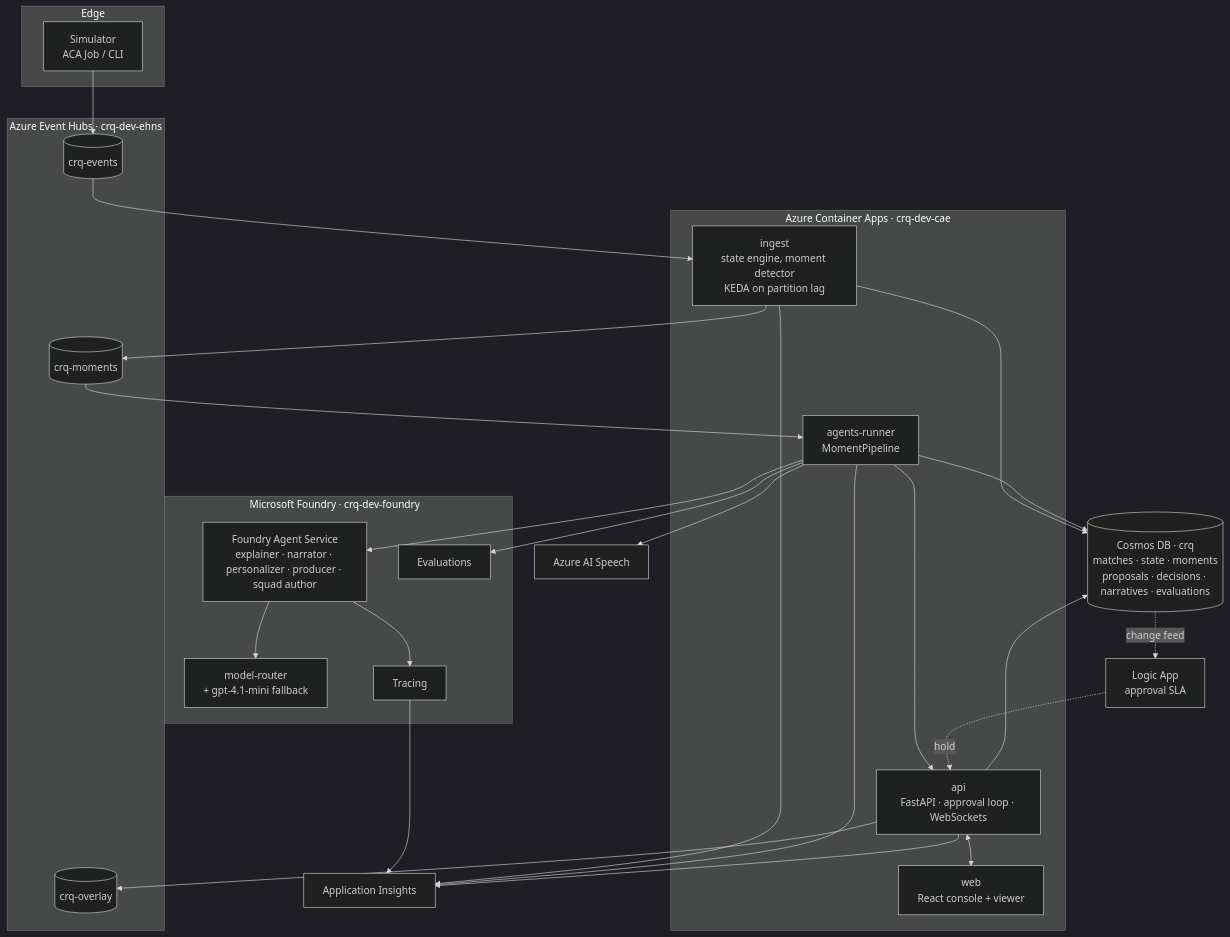
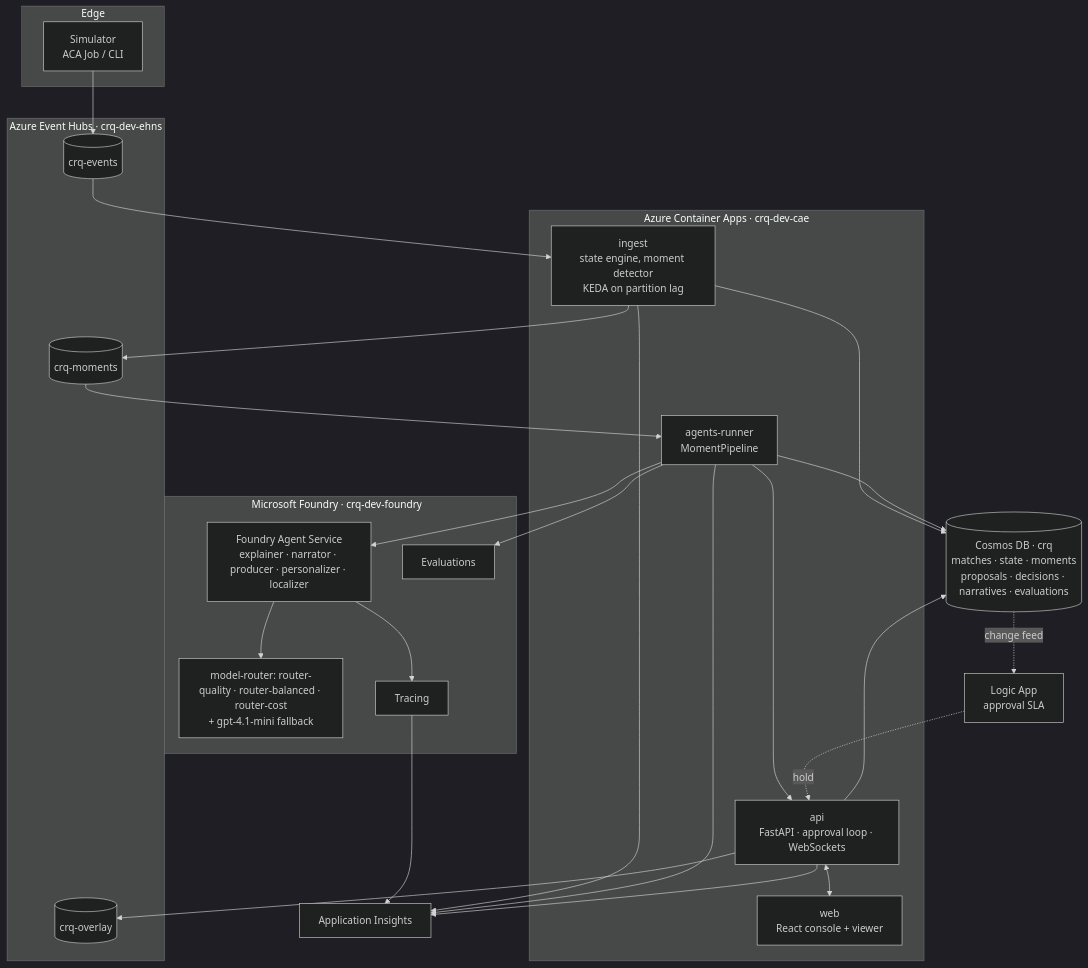
One commit to SwamiBB/control-room-iq changed the second of 4 diagrams in docs/ARCHITECTURE.md. Above: the diagram before and after it, drawn with Mermaid (dark theme). The commit also changed other lines of this file and 13 other files, not shown here.

First line of the commit message:
feat(agents): Localizer agent for Spanish and Hindi; personalizer English only

````diff
--- a/docs/ARCHITECTURE.md
+++ b/docs/ARCHITECTURE.md
@@ -24,40 +23,38 @@
 ```mermaid
 flowchart TB
     subgraph Edge
         SIM[Simulator<br/>ACA Job / CLI]
     end
     subgraph Stream["Azure Event Hubs · crq-dev-ehns"]
         EH1[(crq-events)]
         EH2[(crq-moments)]
         EH3[(crq-overlay)]
     end
     subgraph ACA["Azure Container Apps · crq-dev-cae"]
         ING[ingest<br/>state engine, moment detector<br/>KEDA on partition lag]
         AGR[agents-runner<br/>MomentPipeline]
         API[api<br/>FastAPI · approval loop · WebSockets]
         WEB[web<br/>React console + viewer]
     end
     subgraph Foundry["Microsoft Foundry · crq-dev-foundry"]
-        AGS[Foundry Agent Service<br/>explainer · narrator · personalizer · producer · squad author]
-        MR[model-router<br/>+ gpt-4.1-mini fallback]
+        AGS[Foundry Agent Service<br/>explainer · narrator · producer · personalizer · localizer]
+        MR[model-router: router-quality · router-balanced · router-cost<br/>+ gpt-4.1-mini fallback]
         EVAL[Evaluations]
         TR[Tracing]
     end
     COS[(Cosmos DB · crq<br/>matches · state · moments<br/>proposals · decisions · narratives · evaluations)]
     LA[Logic App<br/>approval SLA]
-    SP[Azure AI Speech]
     AI[Application Insights]
     SIM --> EH1 --> ING --> EH2 --> AGR
     ING --> COS
     AGR --> AGS --> MR
     AGR --> EVAL
     AGR --> COS
     AGR --> API
     API --> COS
     API --> EH3
     COS -. change feed .-> LA -. hold .-> API
-    AGR --> SP
     API <--> WEB
     ING & AGR & API --> AI
     AGS --> TR --> AI
 ```
````
